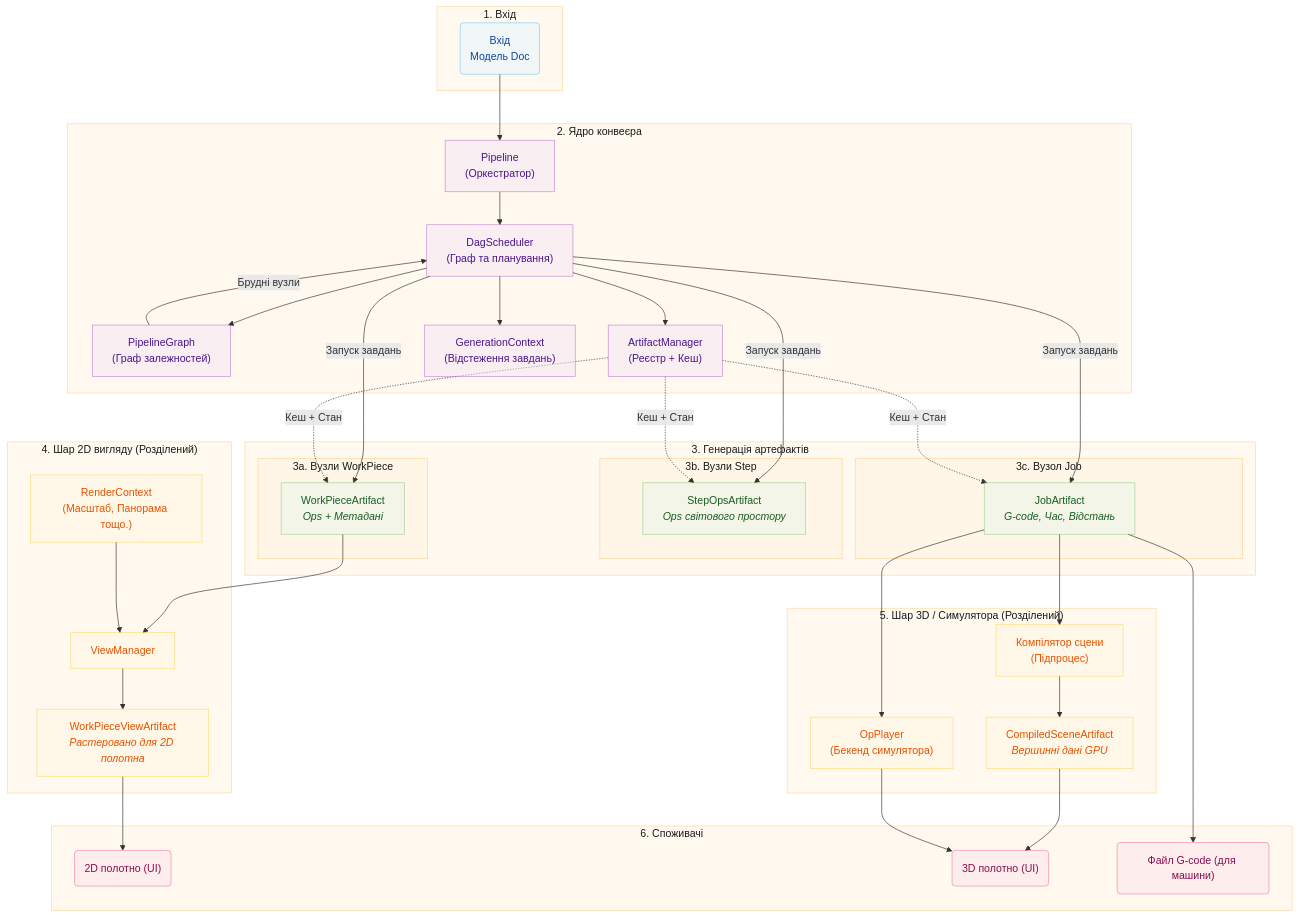
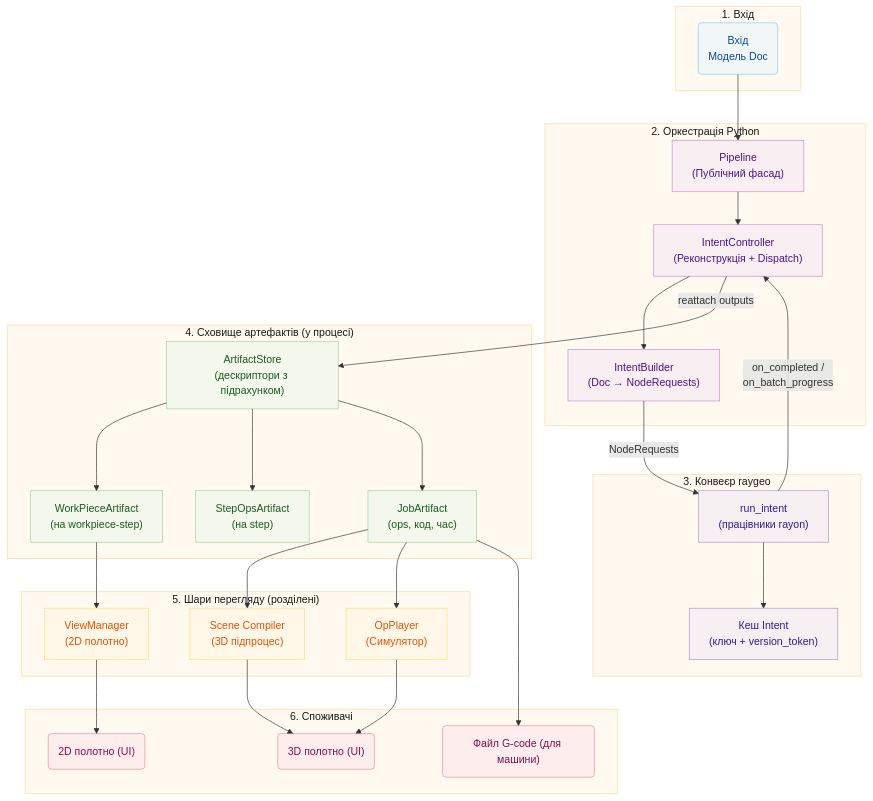
One commit to barebaric/rayforge changed the diagram in website/i18n/uk/docusaurus-plugin-content-docs/current/developer/pipeline.md. Above: the diagram before and after it, drawn with Mermaid. The commit also changed other lines of this file and 7 other files, not shown here.

````diff
--- a/website/i18n/uk/docusaurus-plugin-content-docs/current/developer/pipeline.md
+++ b/website/i18n/uk/docusaurus-plugin-content-docs/current/developer/pipeline.md
@@ -15,38 +20,28 @@
         InputNode("Вхід<br/>Модель Doc")
     end
 
-    subgraph PipelineCore["2. Ядро конвеєра"]
-        Pipeline["Pipeline<br/>(Оркестратор)"]
-        DAG["DagScheduler<br/>(Граф та планування)"]
-        Graph["PipelineGraph<br/>(Граф залежностей)"]
-        AM["ArtifactManager<br/>(Реєстр + Кеш)"]
-        GC["GenerationContext<br/>(Відстеження завдань)"]
+    subgraph PythonOrchestrator["2. Оркестрація Python"]
+        Pipeline["Pipeline<br/>(Публічний фасад)"]
+        IC["IntentController<br/>(Реконструкція + Dispatch)"]
+        IB["IntentBuilder<br/>(Doc &rarr; NodeRequests)"]
     end
 
-    subgraph ArtifactGen["3. Генерація артефактів"]
-        subgraph WorkPieceNodes["3a. Вузли WorkPiece"]
-            WP["WorkPieceArtifact<br/><i>Ops + Метадані</i>"]
-        end
-
-        subgraph StepNodes["3b. Вузли Step"]
-            SO["StepOpsArtifact<br/><i>Ops світового простору</i>"]
-        end
-
-        subgraph JobNode["3c. Вузол Job"]
-            JA["JobArtifact<br/><i>G-code, Час, Відстань</i>"]
-        end
+    subgraph Raygeo["3. Конвеєр raygeo"]
+        RI["run_intent<br/>(працівники rayon)"]
+        Cache["Кеш Intent<br/>(ключ + version_token)"]
     end
 
-    subgraph View2D["4. Шар 2D вигляду (Розділений)"]
-        VM["ViewManager"]
-        RC["RenderContext<br/>(Масштаб, Панорама тощо.)"]
-        WV["WorkPieceViewArtifact<br/><i>Растеровано для 2D полотна</i>"]
+    subgraph Artifacts["4. Сховище артефактів (у процесі)"]
+        Store["ArtifactStore<br/>(дескриптори з підрахунком)"]
+        WP["WorkPieceArtifact<br/>(на workpiece-step)"]
+        SO["StepOpsArtifact<br/>(на step)"]
+        JA["JobArtifact<br/>(ops, код, час)"]
     end
 
-    subgraph View3D["5. Шар 3D / Симулятора (Розділений)"]
-        SC["Компілятор сцени<br/>(Підпроцес)"]
-        CS["CompiledSceneArtifact<br/><i>Вершинні дані GPU</i>"]
-        OP["OpPlayer<br/>(Бекенд симулятора)"]
+    subgraph View["5. Шари перегляду (розділені)"]
+        VM["ViewManager<br/>(2D полотно)"]
+        SC["Scene Compiler<br/>(3D підпроцес)"]
+        OP["OpPlayer<br/>(Симулятор)"]
     end
 
     subgraph Consumers["6. Споживачі"]
@@ -56,43 +51,37 @@
     end
 
     InputNode --> Pipeline
-    Pipeline --> DAG
-    DAG --> Graph
-    DAG --> AM
-    DAG --> GC
-
-    Graph -->|"Брудні вузли"| DAG
-    DAG -->|"Запуск завдань"| WP
-    DAG -->|"Запуск завдань"| SO
-    DAG -->|"Запуск завдань"| JA
-
-    AM -.->|"Кеш + Стан"| WP
-    AM -.->|"Кеш + Стан"| SO
-    AM -.->|"Кеш + Стан"| JA
+    Pipeline --> IC
+    IC --> IB
+    IB -->|"NodeRequests"| RI
+    RI -->|"on_completed /<br/>on_batch_progress"| IC
+    RI --> Cache
+    IC -->|"reattach outputs"| Store
+    Store --> WP
+    Store --> SO
+    Store --> JA
 
     WP --> VM
     JA --> SC
     JA --> OP
     JA --> File
 
-    RC --> VM
-    VM --> WV
-    WV --> Vis2D
-
-    SC --> CS
-    CS --> Vis3D
+    VM --> Vis2D
+    SC --> Vis3D
     OP --> Vis3D
 
     classDef clusterBox fill:#fff3e080,stroke:#ffb74d80,stroke-width:1px,color:#1a1a1a
     classDef inputNode fill:#e1f5fe80,stroke:#03a9f480,color:#0d47a1
-    classDef coreNode fill:#f3e5f580,stroke:#9c27b080,color:#4a148c
+    classDef pyNode fill:#f3e5f580,stroke:#9c27b080,color:#4a148c
+    classDef raygeoNode fill:#ede7f680,stroke:#5e35b180,color:#311b92
     classDef artifactNode fill:#e8f5e980,stroke:#4caf5080,color:#1b5e20
     classDef viewNode fill:#fff8e180,stroke:#ffc10780,color:#e65100
     classDef consumerNode fill:#fce4ec80,stroke:#e91e6380,color:#880e4f
-    class Input,PipelineCore,ArtifactGen,WorkPieceNodes,StepNodes,JobNode,View2D,View3D,Consumers clusterBox
+    class Input,PythonOrchestrator,Raygeo,Artifacts,View,Consumers clusterBox
     class InputNode inputNode
-    class Pipeline,DAG,Graph,AM,GC coreNode
-    class WP,SO,JA artifactNode
-    class VM,RC,WV,SC,CS,OP viewNode
+    class Pipeline,IC,IB pyNode
+    class RI,Cache raygeoNode
+    class Store,WP,SO,JA artifactNode
+    class VM,SC,OP viewNode
     class Vis2D,Vis3D,File consumerNode
 ```
````
